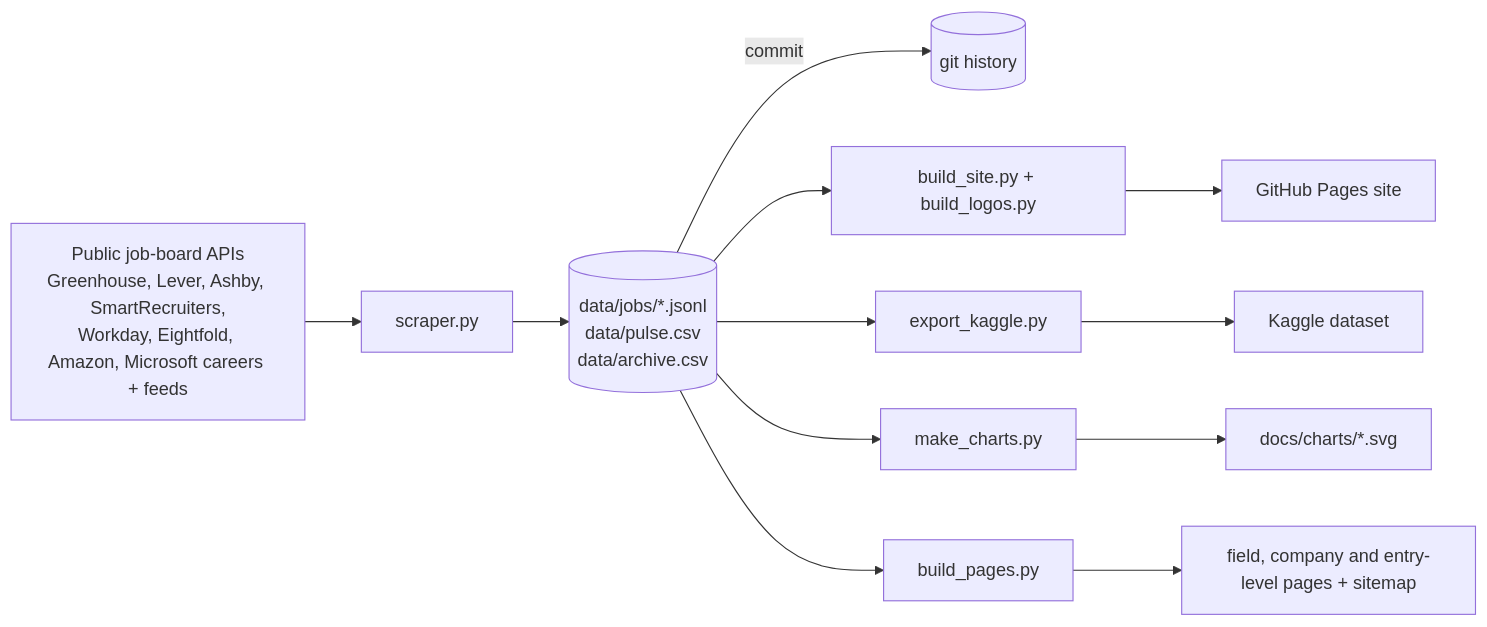
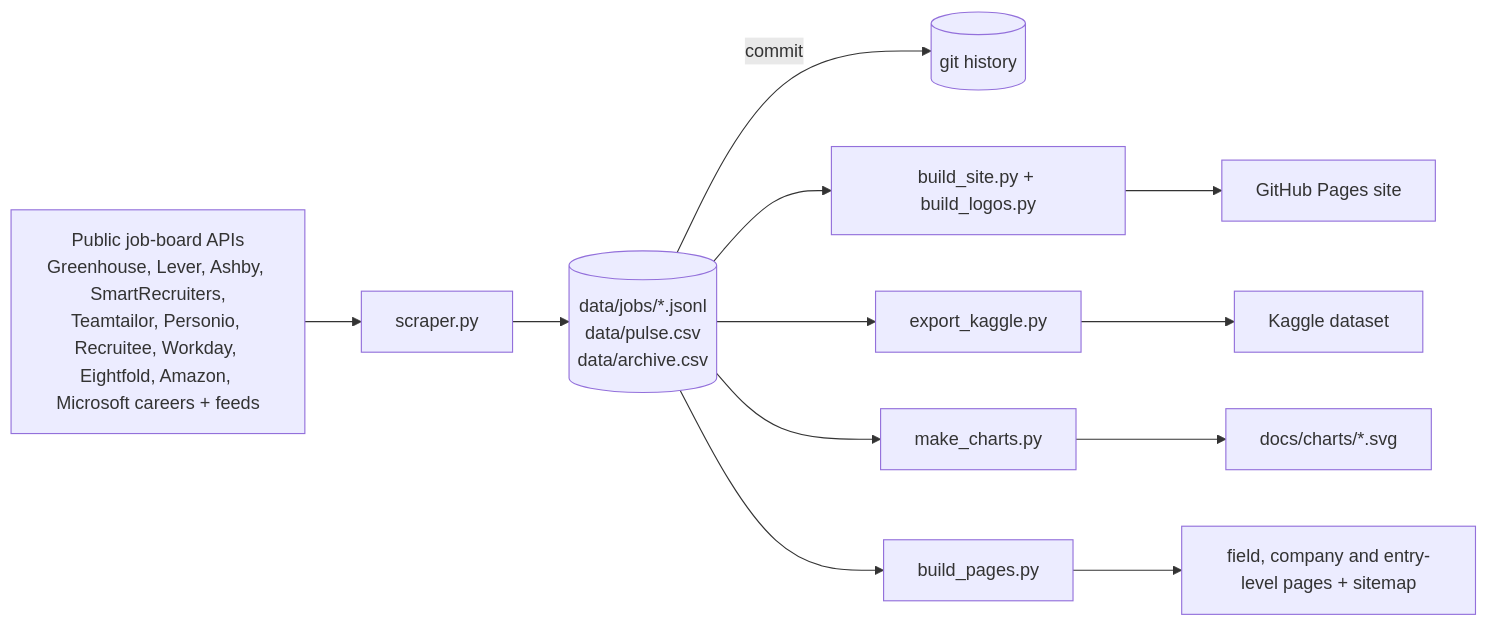
One commit to chandranshB/roleBase changed the diagram in README.md. Above: the diagram before and after it, drawn with Mermaid. The commit also changed other lines of this file and 3 other files, not shown here.

Commit message:
Add Himalayas, Jobicy, We Work Remotely, Get on Board feeds and Teamtailor, Personio, Recruitee boards

````diff
--- a/README.md
+++ b/README.md
@@ -71,10 +71,10 @@
 ```mermaid
 flowchart LR
-  A["Public job-board APIs<br/>Greenhouse, Lever, Ashby, SmartRecruiters,<br/>Workday, Eightfold, Amazon, Microsoft careers + feeds"] --> B[scraper.py]
+  A["Public job-board APIs<br/>Greenhouse, Lever, Ashby, SmartRecruiters,<br/>Teamtailor, Personio, Recruitee, Workday, Eightfold, Amazon, Microsoft careers + feeds"] --> B[scraper.py]
   B --> C[("data/jobs/*.jsonl<br/>data/pulse.csv<br/>data/archive.csv")]
   C -->|commit| G[(git history)]
   C --> D[build_site.py + build_logos.py] --> E[GitHub Pages site]
   C --> F[export_kaggle.py] --> H[Kaggle dataset]
   C --> I[make_charts.py] --> J[docs/charts/*.svg]
   C --> K[build_pages.py] --> L[field, company and entry-level pages + sitemap]
 ```
````
